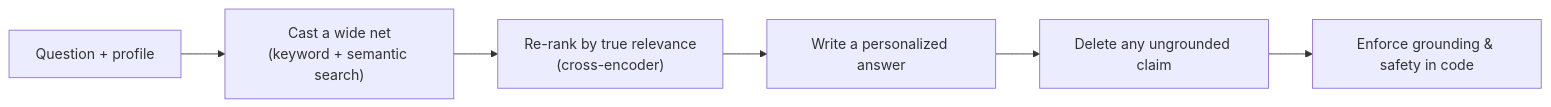
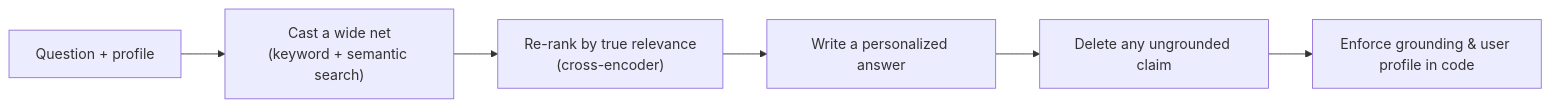
The fourth of 4 diagrams in README.md (Key2-Success/prenatal_rag_chatbot), drawn with Mermaid before and after one commit. The commit also changed other lines of this file, not shown here.

````diff
--- a/README.md
+++ b/README.md
@@ -173,8 +173,8 @@
 ```mermaid
 flowchart LR
     Q["Question + profile"] --> HY["Cast a wide net<br/>(keyword + semantic search)"]
     HY --> RR["Re-rank by true relevance<br/>(cross-encoder)"]
     RR --> ANS["Write a personalized answer"]
     ANS --> REV["Delete any ungrounded claim"]
-    REV --> STR["Enforce grounding & safety in code"]
+    REV --> STR["Enforce grounding & user profile in code"]
 ```
````
